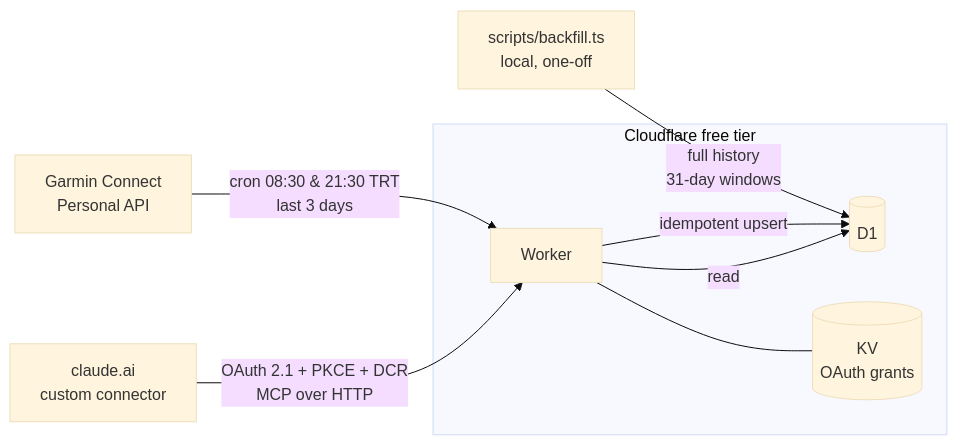
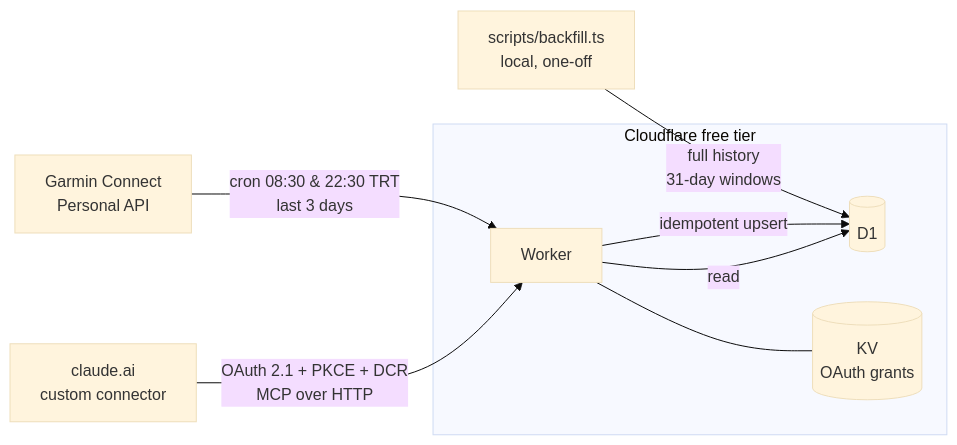
Before and after one commit to ac-ozdemir/garmin-mcp: the diagram in README.md, drawn with Mermaid (base theme). The commit also changed other lines of this file and 1 other file, not shown here.

First line of the commit message:
chore(cron): move the evening sync to 22:30 Europe/Istanbul

````diff
--- a/README.md
+++ b/README.md
@@ -10,11 +10,11 @@
 ```mermaid
 flowchart LR
-  G[Garmin Connect<br/>Personal API] -- "cron 08:30 & 21:30 TRT<br/>last 3 days" --> W
+  G[Garmin Connect<br/>Personal API] -- "cron 08:30 & 22:30 TRT<br/>last 3 days" --> W
   B[scripts/backfill.ts<br/>local, one-off] -- "full history<br/>31-day windows" --> D
   subgraph Cloudflare free tier
     W[Worker] -- idempotent upsert --> D[(D1)]
     W --- K[(KV<br/>OAuth grants)]
   end
   C[claude.ai<br/>custom connector] -- "OAuth 2.1 + PKCE + DCR<br/>MCP over HTTP" --> W
   W -- read --> D
 ```
````
